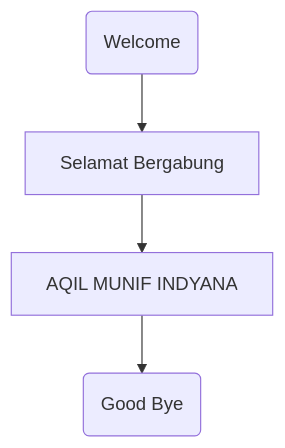
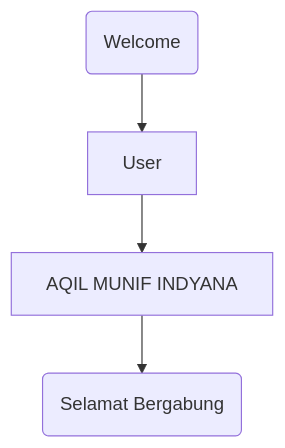
The diagram in pert2/flowchart.md (AQILMUNIFINDYANA/algo), drawn with Mermaid before and after one commit.

````diff
--- a/pert2/flowchart.md
+++ b/pert2/flowchart.md
@@ -1,7 +1,7 @@
 ```mermaid
     flowchart TD;
 
-    A(Welcome) --> B[Selamat Bergabung];
+    A(Welcome) --> B[User];
     B --> C[AQIL MUNIF INDYANA];
-    C --> D(Good Bye);
+    C --> D(Selamat Bergabung);
 ```
````
